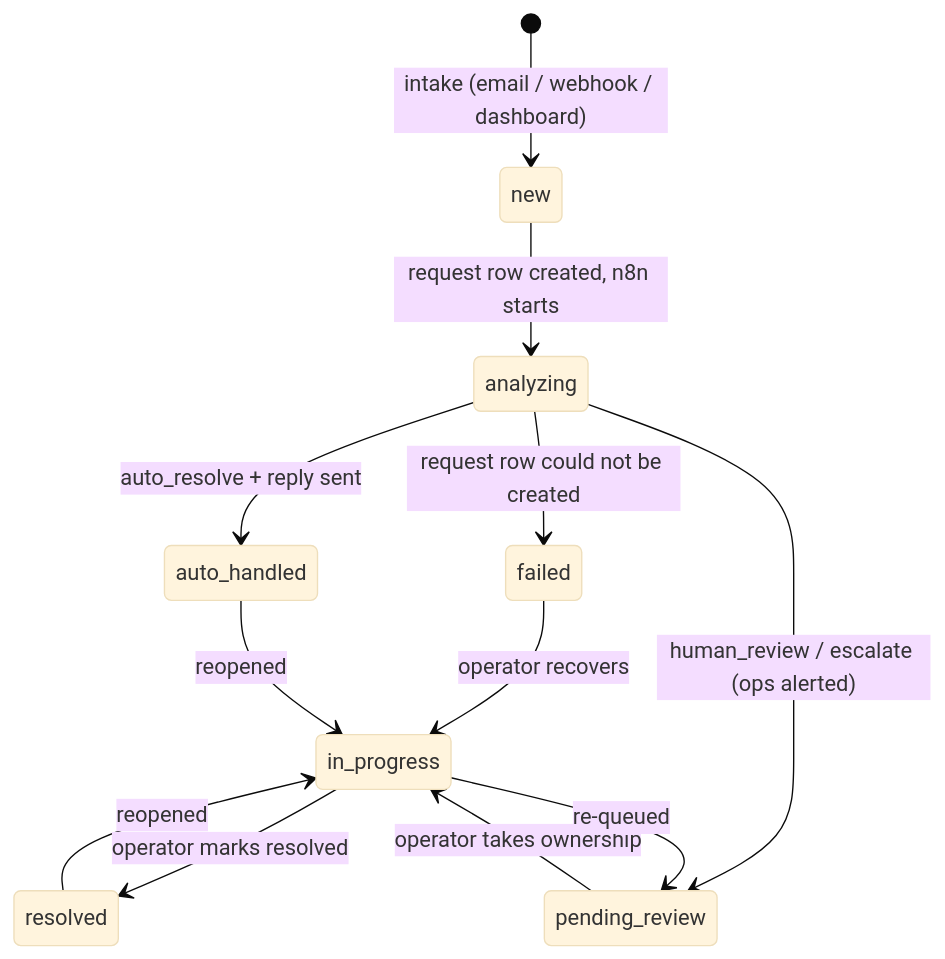
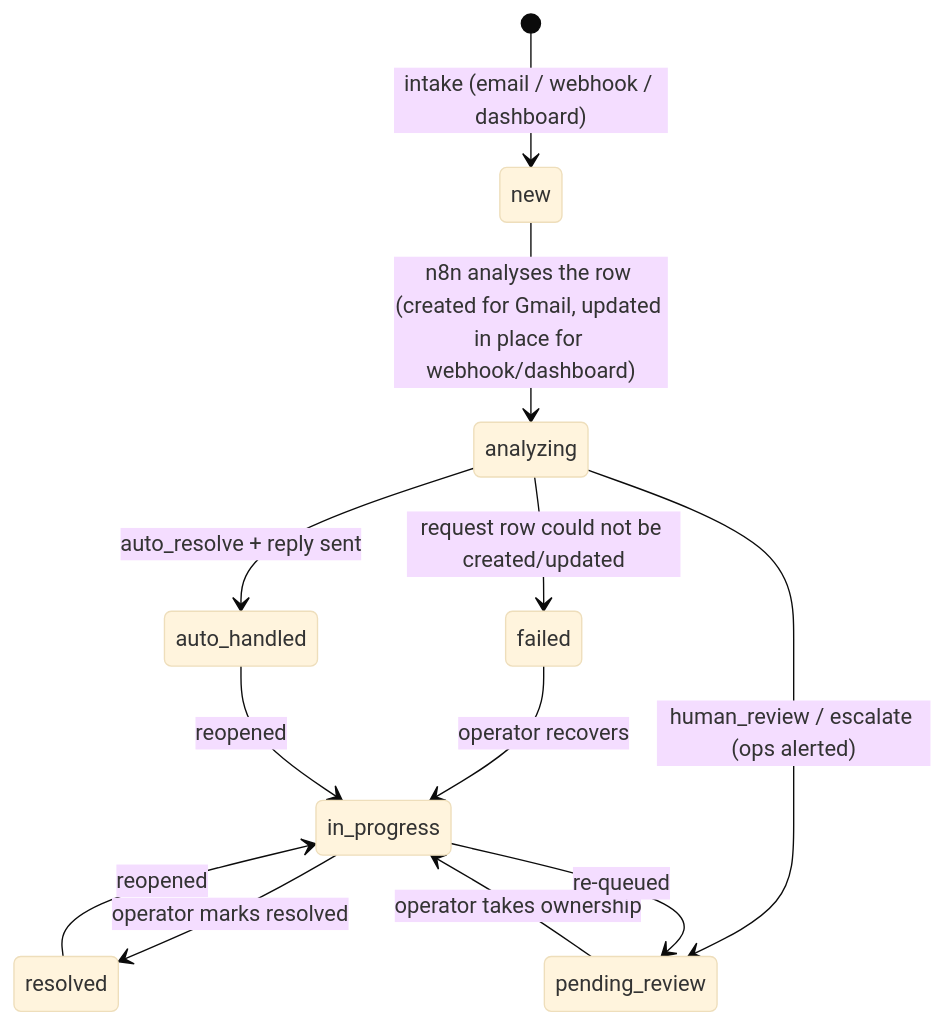
The diagram in docs/architecture.md (vishakha408/customer-ops), drawn with Mermaid (base theme) before and after one commit. The commit also changed other lines of this file and 17 other files, not shown here.

````diff
--- a/docs/architecture.md
+++ b/docs/architecture.md
@@ -14,14 +14,14 @@
 ```mermaid
 stateDiagram-v2
     [*] --> new: intake (email / webhook / dashboard)
-    new --> analyzing: request row created, n8n starts
+    new --> analyzing: n8n analyses the row (created for Gmail, updated in place for webhook/dashboard)
     analyzing --> auto_handled: auto_resolve + reply sent
     analyzing --> pending_review: human_review / escalate (ops alerted)
-    analyzing --> failed: request row could not be created
+    analyzing --> failed: request row could not be created/updated
     pending_review --> in_progress: operator takes ownership
     in_progress --> resolved: operator marks resolved
     in_progress --> pending_review: re-queued
     failed --> in_progress: operator recovers
     auto_handled --> in_progress: reopened
     resolved --> in_progress: reopened
 ```
````
